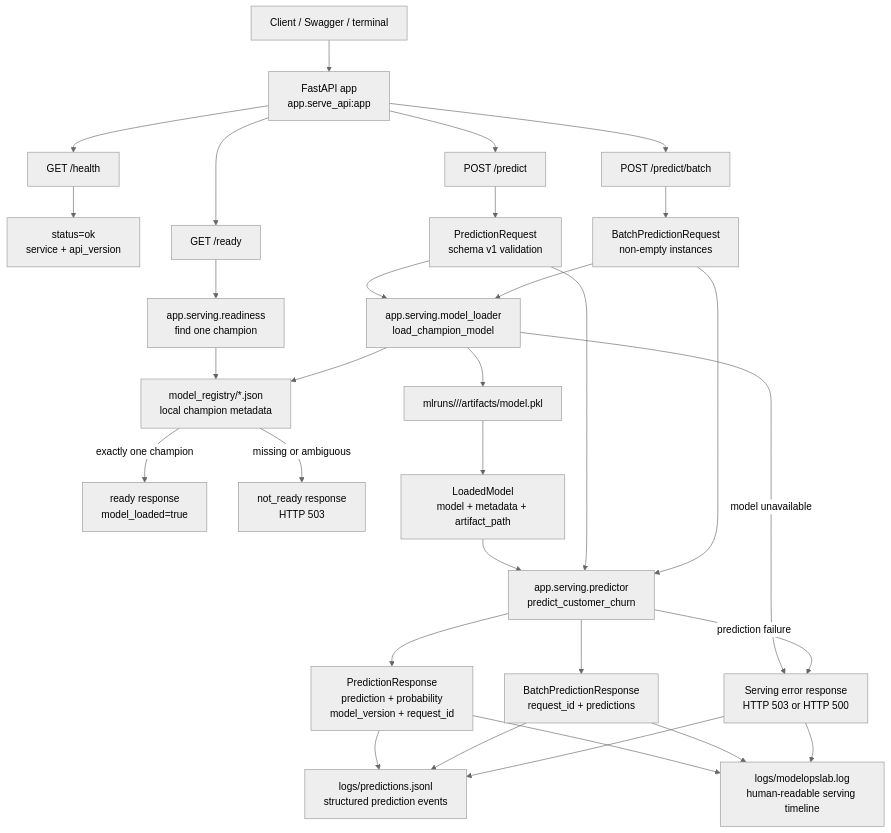
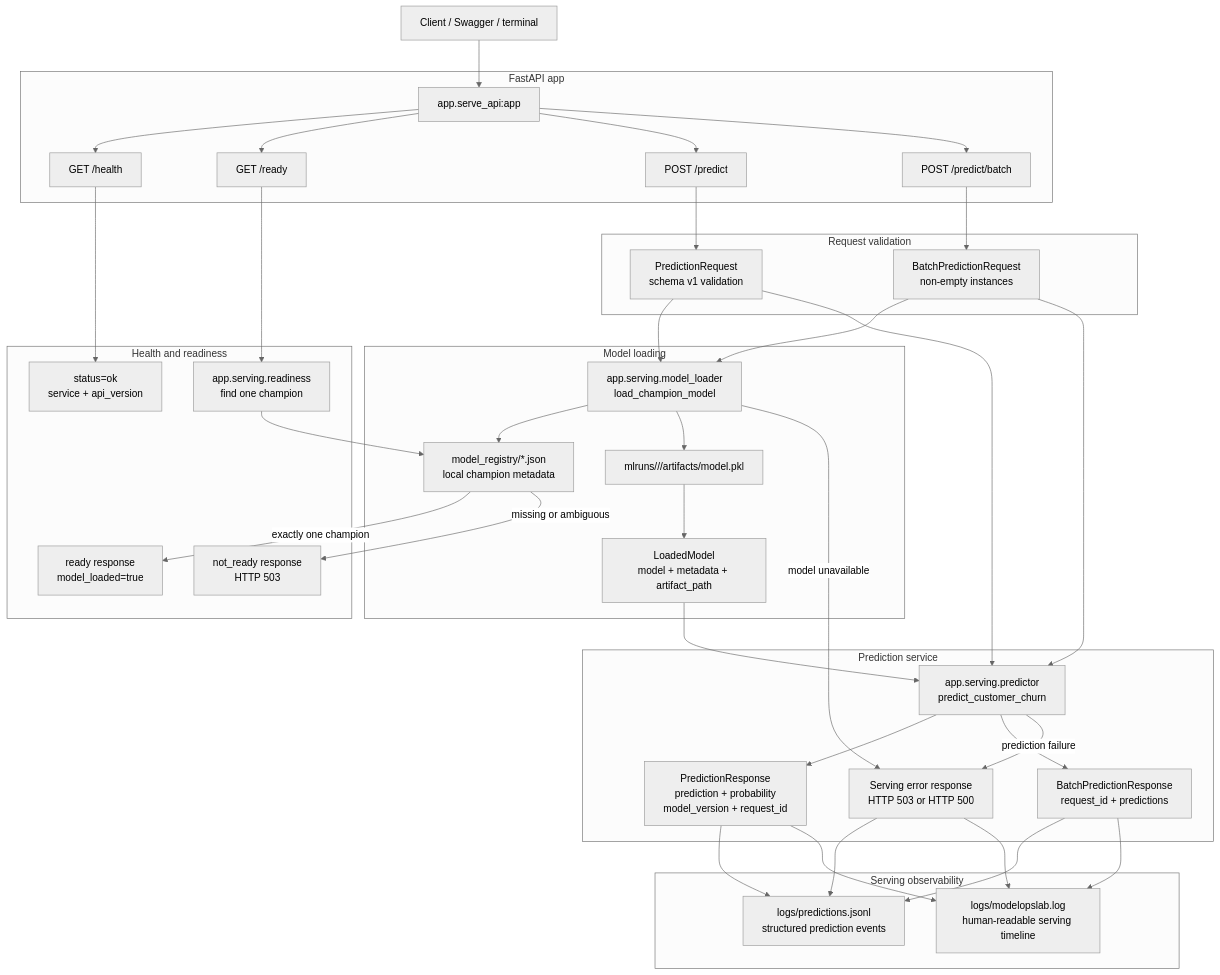
One commit to git4alauddin/model-ops-lab changed the diagram in docs/diagrams/v7_serving_flow.md. Above: the diagram before and after it, drawn with Mermaid (neutral theme). The commit also changed 9 other files, not shown here.

Commit message:
docs: standardize version mermaid diagrams

````diff
--- a/docs/diagrams/v7_serving_flow.md
+++ b/docs/diagrams/v7_serving_flow.md
@@ -7,35 +7,45 @@
 ```mermaid
 flowchart TD
     client["Client / Swagger / terminal"]
-    api["FastAPI app<br/>app.serve_api:app"]
 
-    health["GET /health"]
-    health_response["status=ok<br/>service + api_version"]
+    subgraph api_layer["FastAPI app"]
+        api["app.serve_api:app"]
+        health["GET /health"]
+        ready["GET /ready"]
+        predict["POST /predict"]
+        batch["POST /predict/batch"]
+    end
 
-    ready["GET /ready"]
-    readiness["app.serving.readiness<br/>find one champion"]
-    registry["model_registry/*.json<br/>local champion metadata"]
-    ready_response["ready response<br/>model_loaded=true"]
-    not_ready_response["not_ready response<br/>HTTP 503"]
+    subgraph health_readiness["Health and readiness"]
+        health_response["status=ok<br/>service + api_version"]
+        readiness["app.serving.readiness<br/>find one champion"]
+        ready_response["ready response<br/>model_loaded=true"]
+        not_ready_response["not_ready response<br/>HTTP 503"]
+    end
 
-    predict["POST /predict"]
-    batch["POST /predict/batch"]
+    subgraph request_validation["Request validation"]
+        single_schema["PredictionRequest<br/>schema v1 validation"]
+        batch_schema["BatchPredictionRequest<br/>non-empty instances"]
+    end
 
-    single_schema["PredictionRequest<br/>schema v1 validation"]
-    batch_schema["BatchPredictionRequest<br/>non-empty instances"]
+    subgraph model_loading["Model loading"]
+        registry["model_registry/*.json<br/>local champion metadata"]
+        loader["app.serving.model_loader<br/>load_champion_model"]
+        mlflow_artifact["mlruns/<experiment>/<run>/artifacts/model.pkl"]
+        loaded_model["LoadedModel<br/>model + metadata + artifact_path"]
+    end
 
-    loader["app.serving.model_loader<br/>load_champion_model"]
-    mlflow_artifact["mlruns/<experiment>/<run>/artifacts/model.pkl"]
-    loaded_model["LoadedModel<br/>model + metadata + artifact_path"]
+    subgraph prediction_service["Prediction service"]
+        predictor["app.serving.predictor<br/>predict_customer_churn"]
+        single_response["PredictionResponse<br/>prediction + probability<br/>model_version + request_id"]
+        batch_response["BatchPredictionResponse<br/>request_id + predictions"]
+        error_response["Serving error response<br/>HTTP 503 or HTTP 500"]
+    end
 
-    predictor["app.serving.predictor<br/>predict_customer_churn"]
-    single_response["PredictionResponse<br/>prediction + probability<br/>model_version + request_id"]
-    batch_response["BatchPredictionResponse<br/>request_id + predictions"]
-
-    prediction_audit["logs/predictions.jsonl<br/>structured prediction events"]
-    runtime_log["logs/modelopslab.log<br/>human-readable serving timeline"]
-
-    error_response["Serving error response<br/>HTTP 503 or HTTP 500"]
+    subgraph serving_observability["Serving observability"]
+        prediction_audit["logs/predictions.jsonl<br/>structured prediction events"]
+        runtime_log["logs/modelopslab.log<br/>human-readable serving timeline"]
+    end
 
     client --> api
 
````
